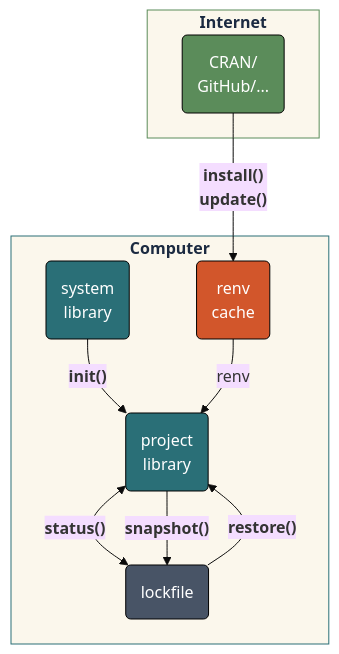
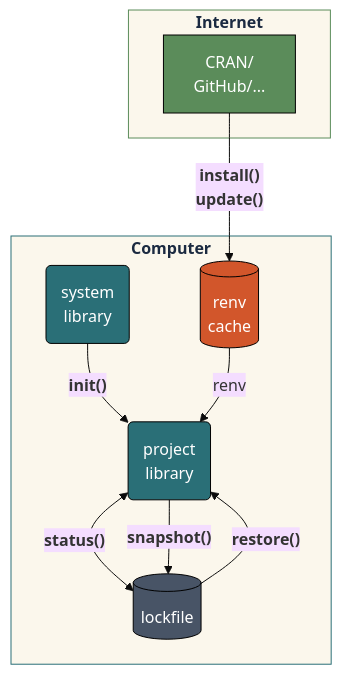
The first of 2 diagrams in lab01.qmd (mjfrigaard/do4ds-labs), drawn with Mermaid before and after one commit. The commit also changed other lines of this file and 28 other files, not shown here.

Commit message:
updates to mermaids

````diff
--- a/lab01.qmd
+++ b/lab01.qmd
@@ -161,49 +161,49 @@
 ```{mermaid}
 %%| fig-cap: 'renv'
 %%| fig-align: 'center'
 %%{init: {'theme': 'base', 'themeVariables': {'fontFamily': 'monospace'}}}%%
 
 flowchart TD
     %% External sources
-    CRAN("CRAN/<br>GitHub/...")
+    CRAN["CRAN/<br>GitHub/..."]
     
     %% Local components
     SysLib("system<br>library")
     ProjLib("project<br>library")
-    RenvCache("renv<br>cache")
-    Lockfile("lockfile")
+    RenvCache[("renv<br>cache")]
+    Lockfile[("lockfile")]
     
     %% Subgraph for "your computer" vs "the internet"
     subgraph Internet ["<strong>Internet</strong>"]
         CRAN
     end
     
     subgraph Computer ["<strong>Computer</strong>"]
         SysLib
         ProjLib
         RenvCache
         Lockfile
     end
     
     %% Connections with function labels
     SysLib -->|"<strong>init()<strong>"| ProjLib
     
     CRAN -->|"<strong>install()</strong><br><strong>update()</strong>"| RenvCache
     RenvCache -->|"renv"| ProjLib
     
     ProjLib <-->|"<strong>status()</strong>"| Lockfile
     ProjLib -->|"<strong>snapshot()</strong>"| Lockfile
     Lockfile -->|"<strong>restore()</strong>"| ProjLib
     
     %% styling
     %% classDef default fill:#F2E6C2,stroke:#2A6F77,color:#1B2A41
     style CRAN fill:#5B8C5A,stroke:#000000,stroke-width:1px,color:#ffffff
     style SysLib fill:#2A6F77,stroke:#000000,stroke-width:1px,color:#ffffff
     style RenvCache fill:#D2562B,stroke:#000000,stroke-width:1px,color:#ffffff
     style ProjLib fill:#2A6F77,stroke:#000000,stroke-width:1px,color:#ffffff
     style Lockfile fill:#485466,stroke:#000000,stroke-width:1px,color:#ffffff
     style Internet fill:#fbf7ec,stroke:#5B8C5A,color:#1B2A41
     style Computer fill:#fbf7ec,stroke:#2A6F77,color:#1B2A41
     
     
 ```
````
